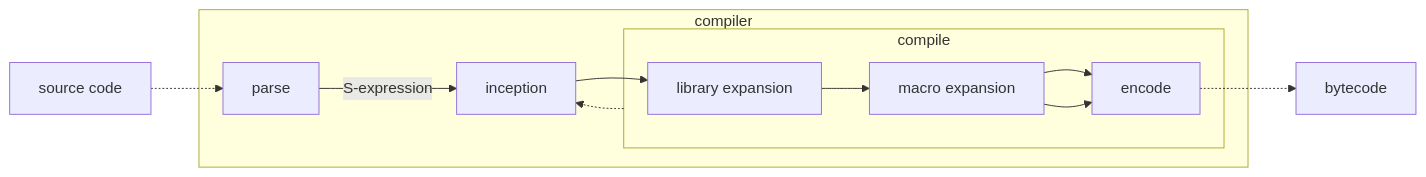
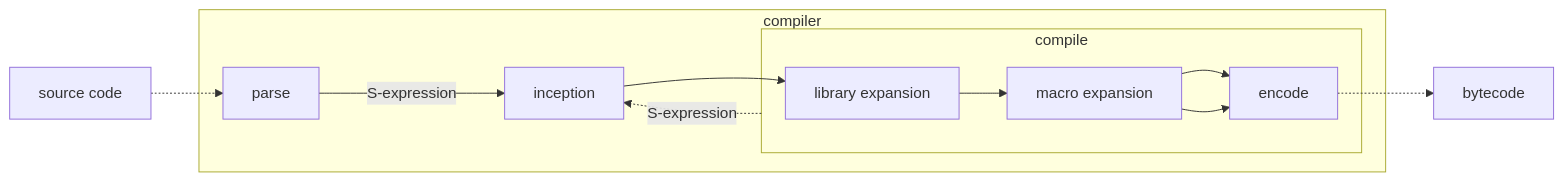
One commit to raviqqe/doc changed the diagram in slides/papers/stak-scheme/eval.mmd. Above: the diagram before and after it, drawn with Mermaid.

```diff
--- a/slides/papers/stak-scheme/eval.mmd
+++ b/slides/papers/stak-scheme/eval.mmd
@@ -1,16 +1,16 @@
 flowchart LR
   d0[source code] -.-> c1
 
   subgraph s0[compiler]
-    c1[parse] -- S-expression --> c2[inception] --> c3
+    c1[parse] --->|S-expression| c2[inception] --> c3
 
     subgraph s1[compile]
       c3[library expansion] --> c4[macro expansion] --> c5[compile]
     end
 
-    s1 -.-> c2
+    s1 -.->|S-expression| c2
 
     c4 --> c5[encode]
   end
 
   c5 -.-> d1[bytecode]
```
